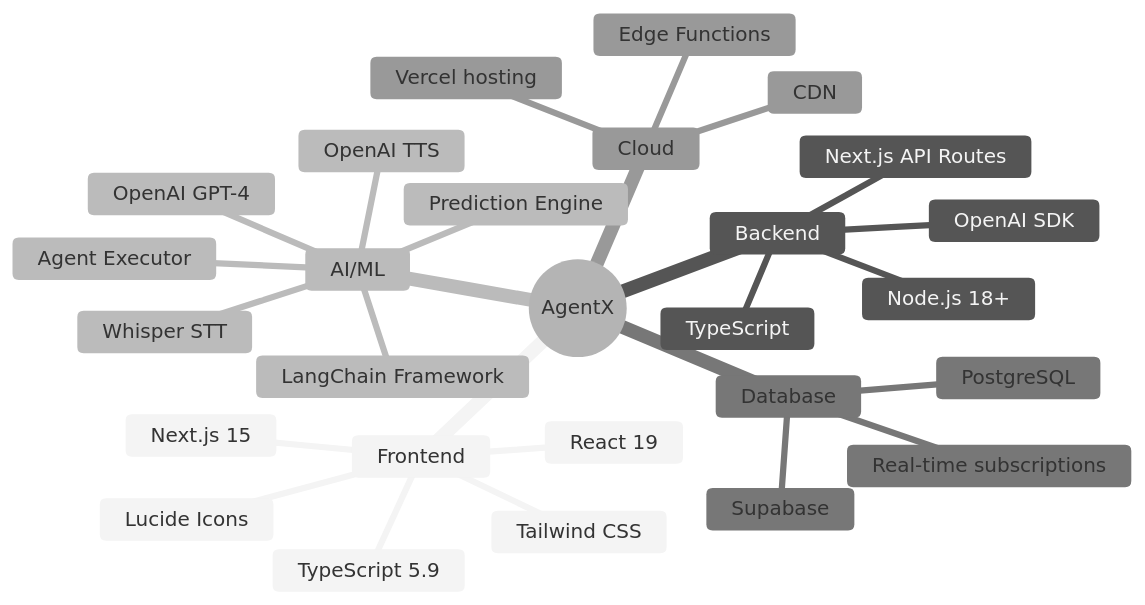
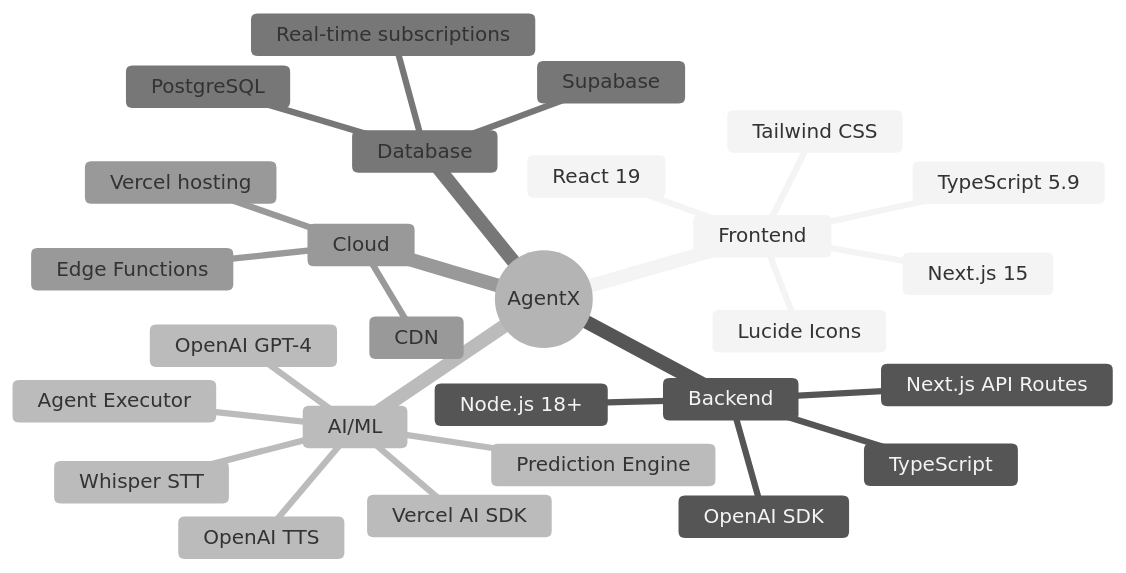
The first of 2 diagrams in TECH-STACK.md (SaifAlotaibie/AgentX-New), drawn with Mermaid (neutral theme) before and after one commit. The commit also changed other lines of this file and 1 other file, not shown here.

````diff
--- a/TECH-STACK.md
+++ b/TECH-STACK.md
@@ -26,30 +26,30 @@
 ```mermaid
 mindmap
   root((AgentX))
     Frontend
       Next.js 15
       React 19
       TypeScript 5.9
       Tailwind CSS
       Lucide Icons
     Backend
       Next.js API Routes
       Node.js 18+
       TypeScript
       OpenAI SDK
     AI/ML
-      LangChain Framework
+      Vercel AI SDK
       OpenAI GPT-4
       Whisper STT
       OpenAI TTS
       Agent Executor
       Prediction Engine
     Database
       Supabase
       PostgreSQL
       Real-time subscriptions
     Cloud
       Vercel hosting
       Edge Functions
       CDN
 ```
````
